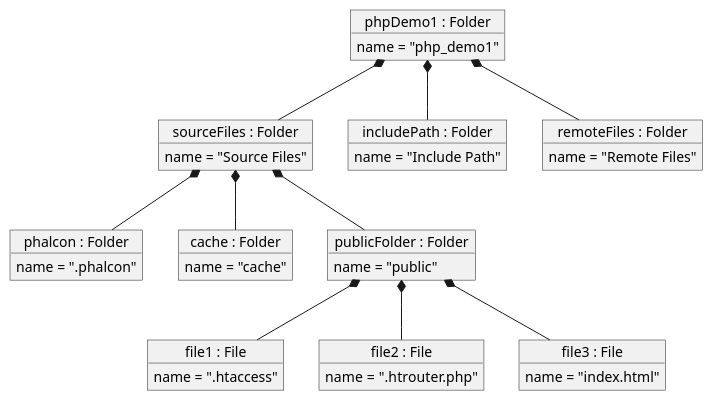
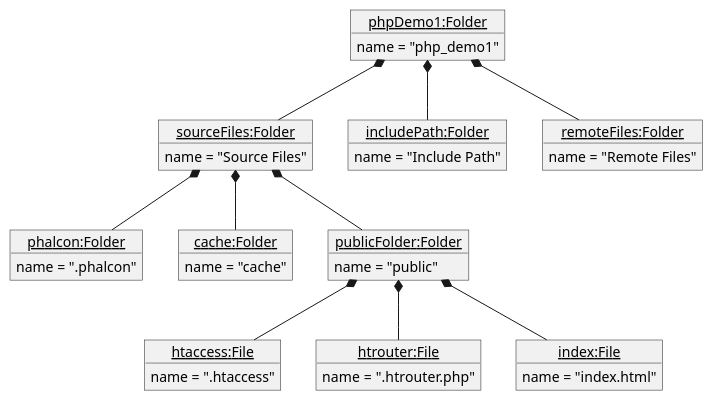
One commit to jdcastro8/HW5-3560 changed the diagram in Objects/Part 5 Object Diagram.puml. Above: the diagram before and after it, drawn with PlantUML.

Commit message:
Refactor object diagram with updated syntax

```diff
--- a/Objects/Part 5 Object Diagram.puml
+++ b/Objects/Part 5 Object Diagram.puml
@@ -1,55 +1,55 @@
 @startuml
 
-object "phpDemo1 : Folder" as phpDemo1 {
+object "<u>phpDemo1:Folder</u>" as pd {
     name = "php_demo1"
 }
 
-object "sourceFiles : Folder" as sourceFiles {
+object "<u>sourceFiles:Folder</u>" as sf {
     name = "Source Files"
 }
 
-object "includePath : Folder" as includePath {
+object "<u>includePath:Folder</u>" as ip {
     name = "Include Path"
 }
 
-object "remoteFiles : Folder" as remoteFiles {
+object "<u>remoteFiles:Folder</u>" as rf {
     name = "Remote Files"
 }
 
-object "phalcon : Folder" as phalcon {
+object "<u>phalcon:Folder</u>" as ph {
     name = ".phalcon"
 }
 
-object "cache : Folder" as cache {
+object "<u>cache:Folder</u>" as ca {
     name = "cache"
 }
 
-object "publicFolder : Folder" as publicFolder {
+object "<u>publicFolder:Folder</u>" as pf {
     name = "public"
 }
 
-object "file1 : File" as file1 {
+object "<u>htaccess:File</u>" as ht {
     name = ".htaccess"
 }
 
-object "file2 : File" as file2 {
+object "<u>htrouter:File</u>" as hr {
     name = ".htrouter.php"
 }
 
-object "file3 : File" as file3 {
+object "<u>index:File</u>" as ix {
     name = "index.html"
 }
 
-phpDemo1 *-- sourceFiles
-phpDemo1 *-- includePath
-phpDemo1 *-- remoteFiles
+pd *-- sf
+pd *-- ip
+pd *-- rf
 
-sourceFiles *-- phalcon
-sourceFiles *-- cache
-sourceFiles *-- publicFolder
+sf *-- ph
+sf *-- ca
+sf *-- pf
 
-publicFolder *-- file1
-publicFolder *-- file2
-publicFolder *-- file3
+pf *-- ht
+pf *-- hr
+pf *-- ix
 
 @enduml
```
